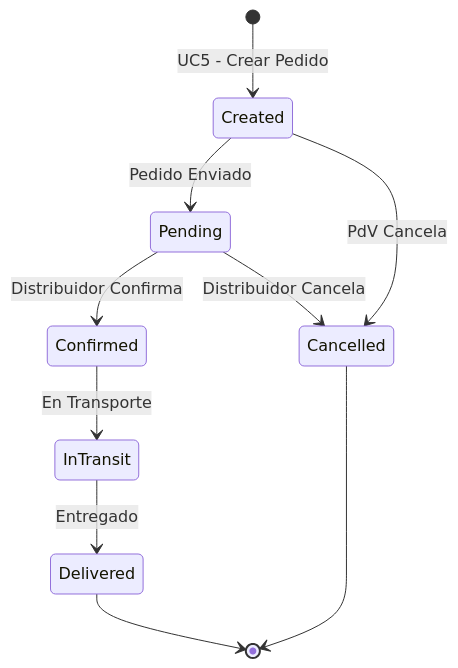
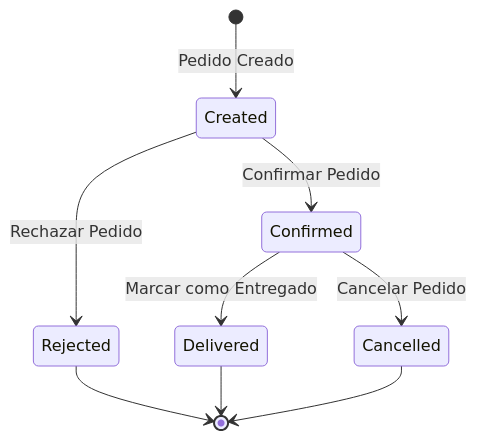
Before and after one commit to ingnlema/Conaprole: the third of 3 diagrams in docs/architecture/casos-de-uso/casos-uso-punto-de-venta.md, drawn with Mermaid. The commit also changed other lines of this file, not shown here.

````diff
--- a/docs/architecture/casos-de-uso/casos-uso-punto-de-venta.md
+++ b/docs/architecture/casos-de-uso/casos-uso-punto-de-venta.md
@@ -151,13 +148,11 @@
 ```mermaid
 stateDiagram-v2
-    [*] --> Created: UC5 - Crear Pedido
-    Created --> Pending: Pedido Enviado
-    Pending --> Confirmed: Distribuidor Confirma
-    Confirmed --> InTransit: En Transporte
-    InTransit --> Delivered: Entregado
+    [*] --> Created: Pedido Creado
+    Created --> Confirmed: Confirmar Pedido
+    Created --> Rejected: Rechazar Pedido
+    Confirmed --> Delivered: Marcar como Entregado
+    Confirmed --> Cancelled: Cancelar Pedido
+    Rejected --> [*]
     Delivered --> [*]
-    
-    Created --> Cancelled: PdV Cancela
-    Pending --> Cancelled: Distribuidor Cancela
     Cancelled --> [*]
 ```
````
